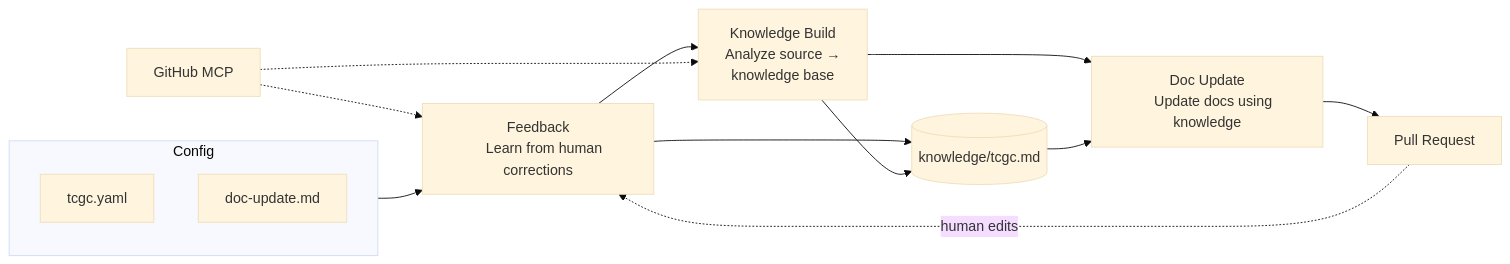
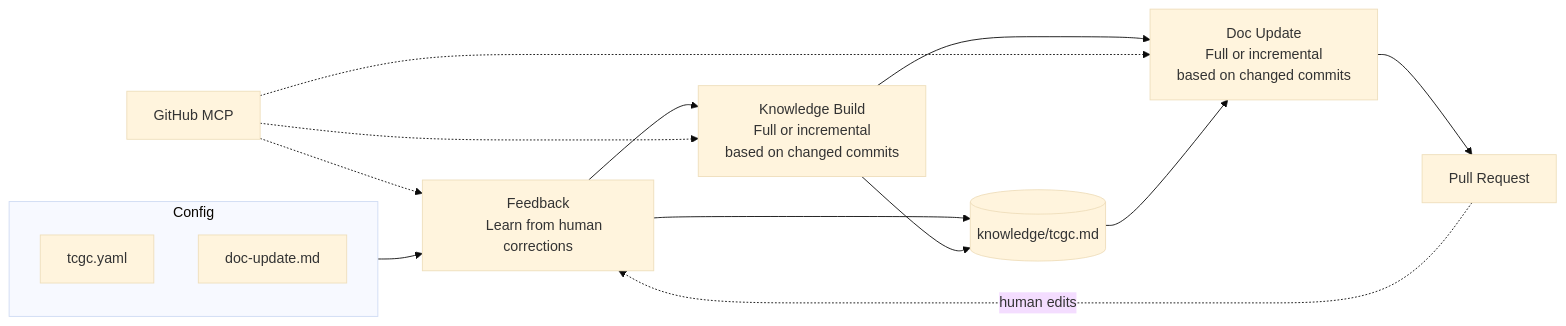
Before and after one commit to tadelesh/typespec-azure: the diagram in eng/scripts/doc-updater/flow.md, drawn with Mermaid (base theme).

````diff
--- a/eng/scripts/doc-updater/flow.md
+++ b/eng/scripts/doc-updater/flow.md
@@ -3,31 +3,33 @@
 ```mermaid
 flowchart LR
     subgraph Config
         YAML[tcgc.yaml]
         PROMPT[doc-update.md]
     end
 
     Config --> P0
 
     P0[Feedback
     Learn from human corrections]
     P1[Knowledge Build
-    Analyze source →
-    knowledge base]
+    Full or incremental
+    based on changed commits]
     P2[Doc Update
-    Update docs using knowledge]
+    Full or incremental
+    based on changed commits]
 
     P0 --> P1 --> P2
 
     KB[(knowledge/tcgc.md)]
     MCP[GitHub MCP]
     PR[Pull Request]
 
     MCP -.-> P0
     MCP -.-> P1
+    MCP -.-> P2
     KB --> P2
     P0 --> KB
     P1 --> KB
     P2 --> PR
     PR -.->|human edits| P0
 ```
````
